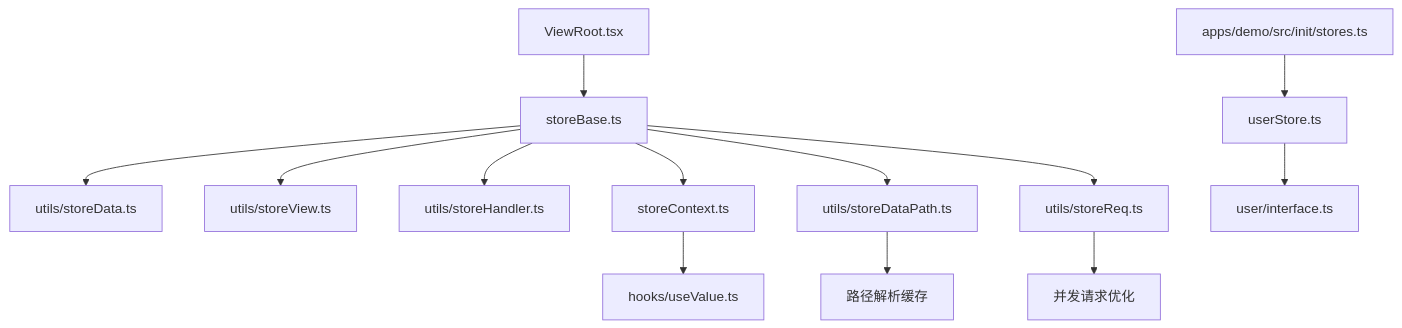
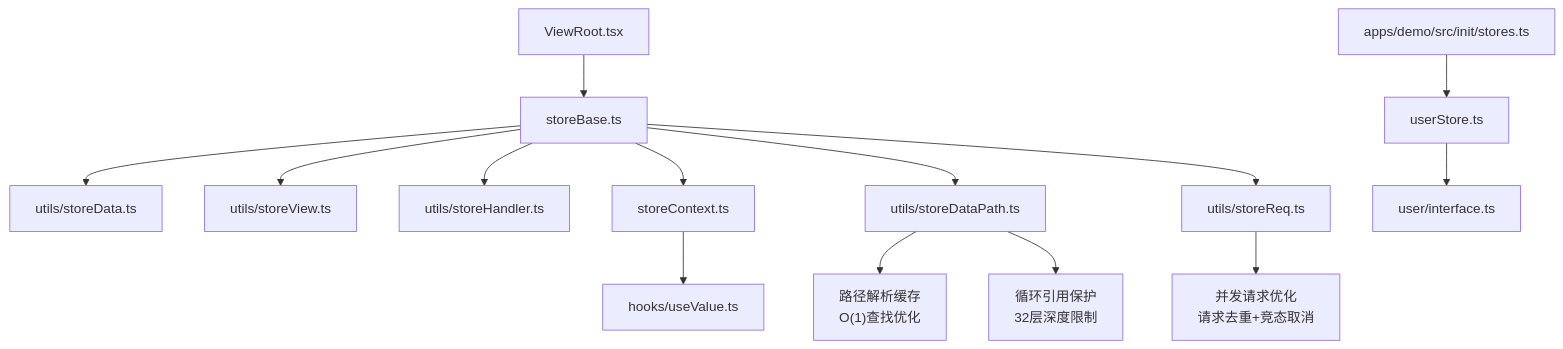
Before and after one commit to liqiongke/FrontArk: the first of 10 diagrams in .qoder/repowiki/zh/content/框架核心/状态管理.md, drawn with Mermaid. The commit also changed other lines of this file and 17 other files, not shown here.

````diff
--- a/.qoder/repowiki/zh/content/框架核心/状态管理.md
+++ b/.qoder/repowiki/zh/content/框架核心/状态管理.md
@@ -49,15 +50,16 @@
 ```mermaid
 graph TB
 A["ViewRoot.tsx"] --> B["storeBase.ts"]
 B --> C["utils/storeData.ts"]
 B --> D["utils/storeView.ts"]
 B --> E["utils/storeHandler.ts"]
 B --> F["storeContext.ts"]
 F --> G["hooks/useValue.ts"]
 H["userStore.ts"] --> I["user/interface.ts"]
 J["apps/demo/src/init/stores.ts"] --> H
 B --> K["utils/storeDataPath.ts"]
 B --> L["utils/storeReq.ts"]
-K --> M["路径解析缓存"]
-L --> N["并发请求优化"]
+K --> M["路径解析缓存<br/>O(1)查找优化"]
+L --> N["并发请求优化<br/>请求去重+竞态取消"]
+K --> O["循环引用保护<br/>32层深度限制"]
 ```
````
